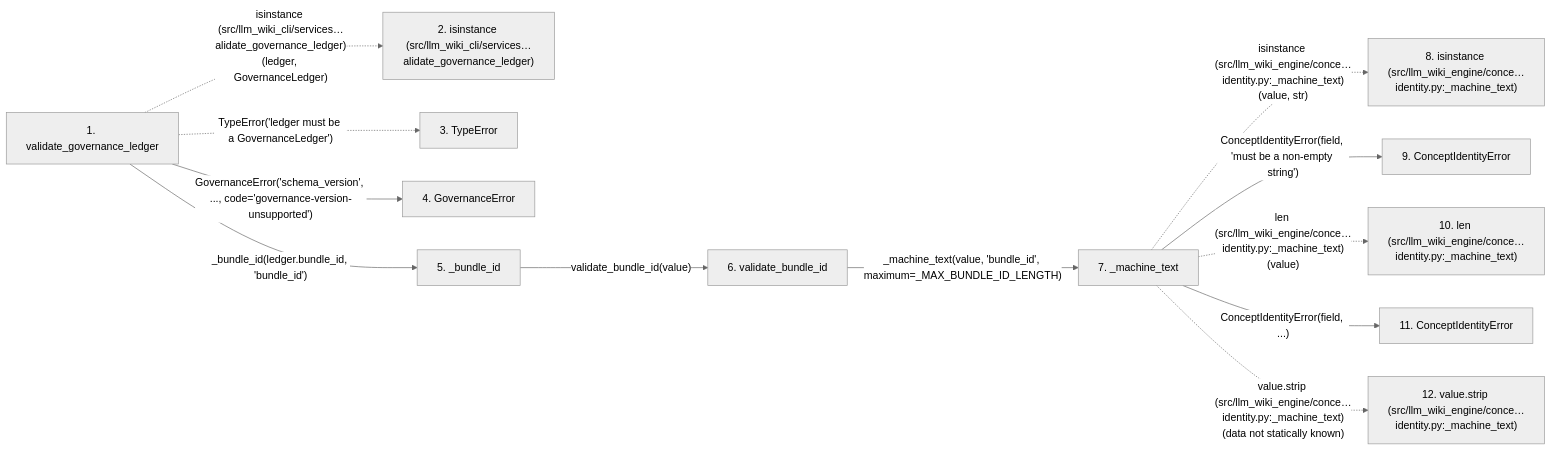
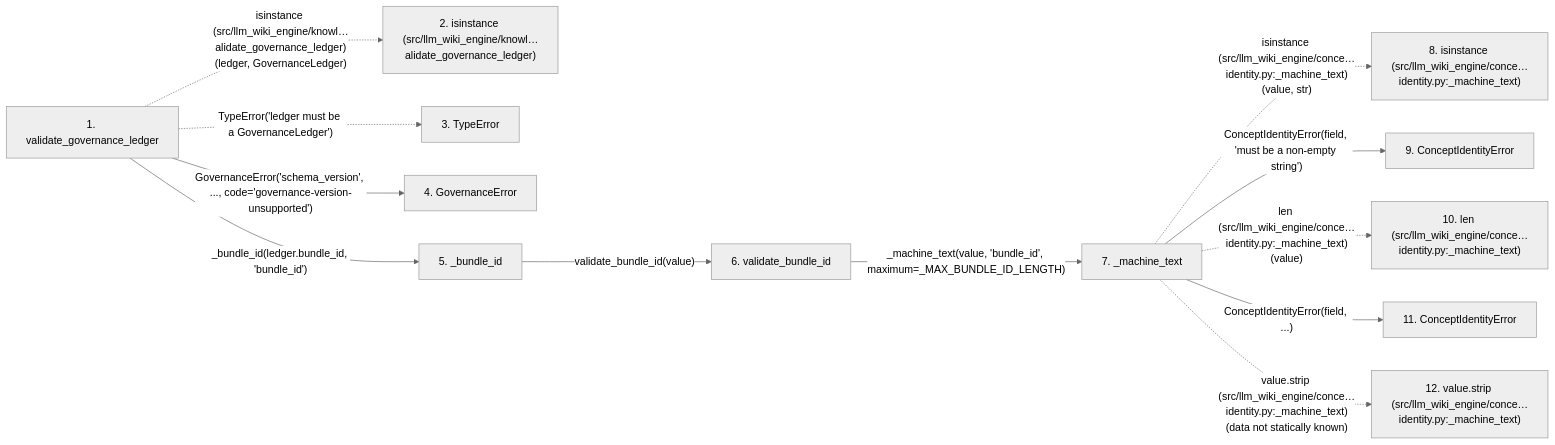
The second of 2 diagrams in docs/llm_wiki/flows/api-validate_governance_ledger.md (Denissvgn/python-wiki-llm), drawn with Mermaid (neutral theme) before and after one commit. The commit also changed other lines of this file and 1058 other files, not shown here.

````diff
--- a/docs/llm_wiki/flows/api-validate_governance_ledger.md
+++ b/docs/llm_wiki/flows/api-validate_governance_ledger.md
@@ -139,33 +139,33 @@
 ```mermaid
 flowchart LR
     s1["1. validate_governance_ledger"]
-    s2["2. isinstance (src/llm_wiki_cli/services…alidate_governance_ledger)"]
+    s2["2. isinstance (src/llm_wiki_engine/knowl…alidate_governance_ledger)"]
     s3["3. TypeError"]
     s4["4. GovernanceError"]
     s5["5. _bundle_id"]
     s6["6. validate_bundle_id"]
     s7["7. _machine_text"]
     s8["8. isinstance (src/llm_wiki_engine/conce…identity.py:_machine_text)"]
     s9["9. ConceptIdentityError"]
     s10["10. len (src/llm_wiki_engine/conce…identity.py:_machine_text)"]
     s11["11. ConceptIdentityError"]
     s12["12. value.strip (src/llm_wiki_engine/conce…identity.py:_machine_text)"]
-    s1 -. "isinstance (src/llm_wiki_cli/services…alidate_governance_ledger)(ledger, GovernanceLedger)" .-> s2
+    s1 -. "isinstance (src/llm_wiki_engine/knowl…alidate_governance_ledger)(ledger, GovernanceLedger)" .-> s2
     s1 -. "TypeError('ledger must be a GovernanceLedger')" .-> s3
     s1 -->|"GovernanceError('schema_version', ..., code='governance-version-unsupported')"| s4
     s1 -->|"_bundle_id(ledger.bundle_id, 'bundle_id')"| s5
     s5 -->|"validate_bundle_id(value)"| s6
     s6 -->|"_machine_text(value, 'bundle_id', maximum=_MAX_BUNDLE_ID_LENGTH)"| s7
     s7 -. "isinstance (src/llm_wiki_engine/conce…identity.py:_machine_text)(value, str)" .-> s8
     s7 -->|"ConceptIdentityError(field, 'must be a non-empty string')"| s9
     s7 -. "len (src/llm_wiki_engine/conce…identity.py:_machine_text)(value)" .-> s10
     s7 -->|"ConceptIdentityError(field, ...)"| s11
     s7 -. "value.strip (src/llm_wiki_engine/conce…identity.py:_machine_text)(data not statically known)" .-> s12
     click s1 "../modules/knowledge_governance.md"
     click s4 "../modules/knowledge_governance.md"
     click s5 "../modules/knowledge_governance.md"
     click s6 "../modules/concept_identity.md"
     click s7 "../modules/concept_identity.md"
     click s9 "../modules/concept_identity.md"
     click s11 "../modules/concept_identity.md"
 ```
````
